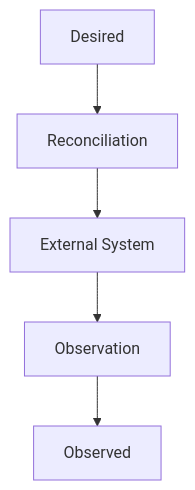
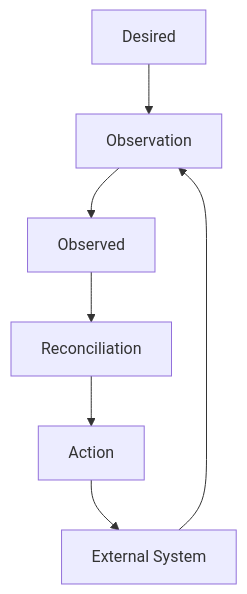
Before and after one commit to danielsabatini/smarkee: the first of 4 diagrams in docs/MESSAGING.md, drawn with Mermaid. The commit also changed other lines of this file, not shown here.

````diff
--- a/docs/MESSAGING.md
+++ b/docs/MESSAGING.md
@@ -130,7 +222,9 @@
 ```mermaid
 graph TD
-    A[Desired] --> B[Reconciliation]
-    B --> C[External System]
-    C --> D[Observation]
-    D --> E[Observed]
+    A[Desired] --> B[Observation]
+    B --> C[Observed]
+    C --> D[Reconciliation]
+    D --> E[Action]
+    E --> F[External System]
+    F --> B
 ```
````
